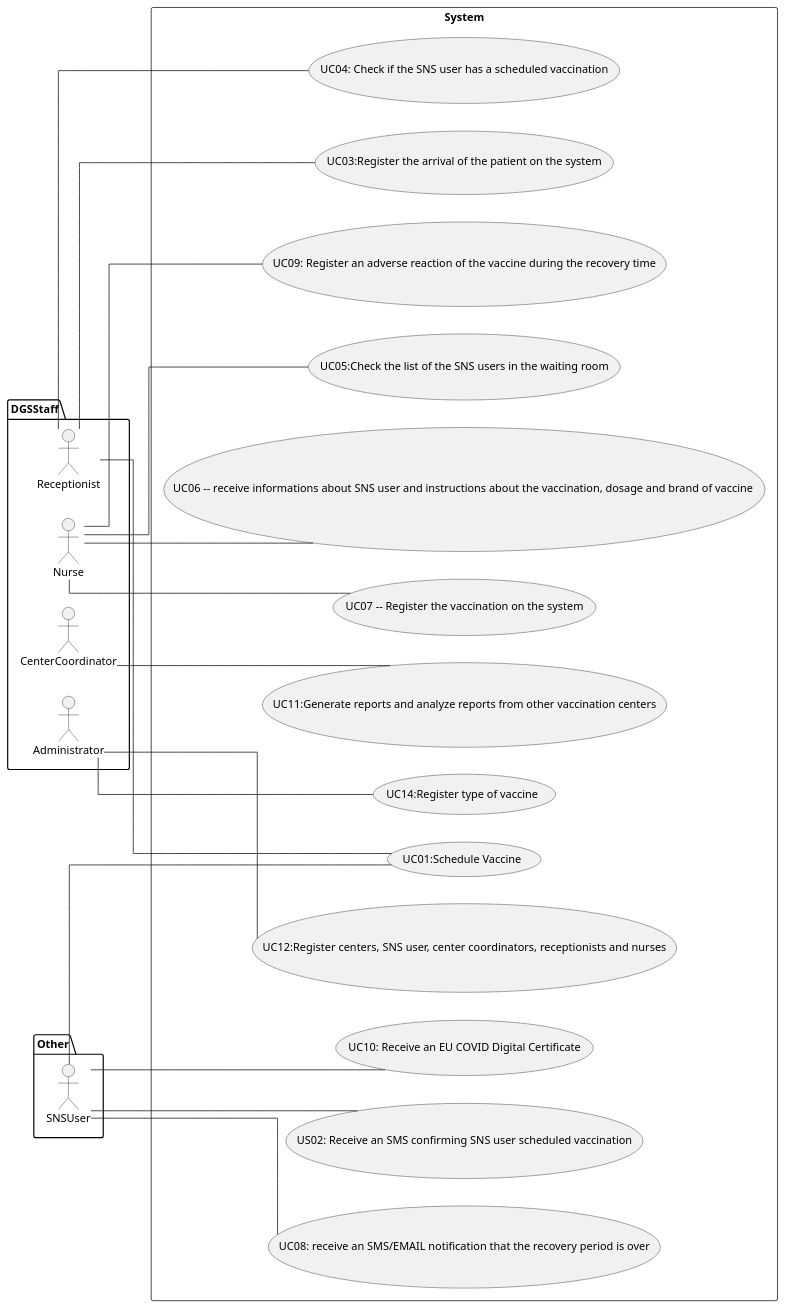
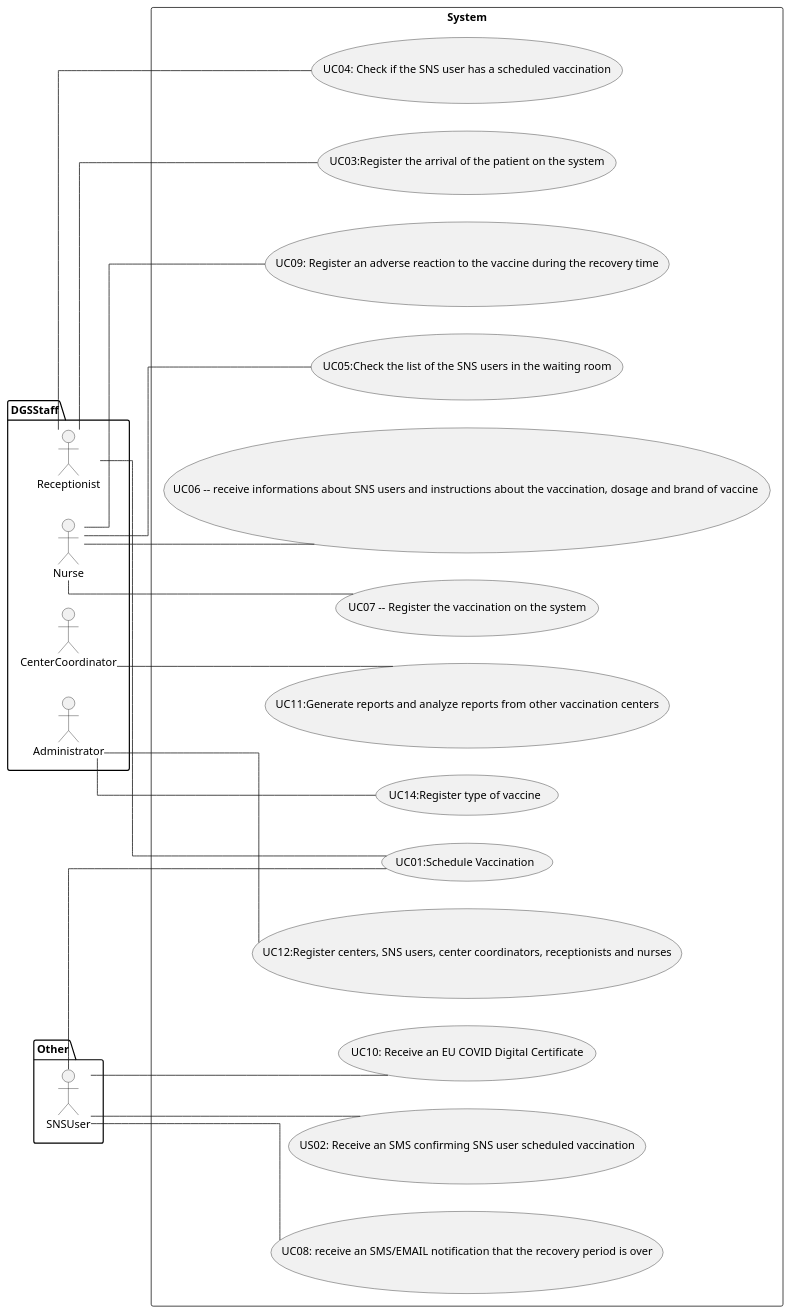
One commit to osnilas/SNSsystem changed the diagram in docs/SprintA/UCD.puml. Above: the diagram before and after it, drawn with PlantUML.

Commit message:
UCD - Revising and correcting grammar errors

```diff
--- a/docs/SprintA/UCD.puml
+++ b/docs/SprintA/UCD.puml
@@ -1,36 +1,36 @@
 @startuml
 skinparam linetype ortho
 left to right direction
 
 package DGSStaff {
   actor Receptionist
   actor Nurse
   actor CenterCoordinator
   actor Administrator
 
 }
 package Other {
 actor SNSUser
 }
 
 rectangle System {
     Receptionist -- (UC03:Register the arrival of the patient on the system)
     Receptionist -- (UC04: Check if the SNS user has a scheduled vaccination)
-    SNSUser -- (UC01:Schedule Vaccine)
+    SNSUser -- (UC01:Schedule Vaccination)
     SNSUser -- (US02: Receive an SMS confirming SNS user scheduled vaccination)
     Nurse -- (UC05:Check the list of the SNS users in the waiting room)
     CenterCoordinator  -- (UC11:Generate reports and analyze reports from other vaccination centers)
-    Administrator -- (UC12:Register centers, SNS user, center coordinators, receptionists and nurses)
+    Administrator -- (UC12:Register centers, SNS users, center coordinators, receptionists and nurses)
     Administrator -- (UC14:Register type of vaccine)
-    Nurse -- (UC06 -- receive informations about SNS user and instructions about the vaccination, dosage and brand of vaccine )
+    Nurse -- (UC06 -- receive informations about SNS users and instructions about the vaccination, dosage and brand of vaccine )
     Nurse -- (UC07 -- Register the vaccination on the system)
     SNSUser-- (UC08: receive an SMS/EMAIL notification that the recovery period is over)
-    Nurse -- (UC09: Register an adverse reaction of the vaccine during the recovery time)
+    Nurse -- (UC09: Register an adverse reaction to the vaccine during the recovery time)
     SNSUser-- (UC10: Receive an EU COVID Digital Certificate)
-    Receptionist -- (UC01:Schedule Vaccine)
+    Receptionist -- (UC01:Schedule Vaccination)
 
 
 
 
    }
 @enduml
```
